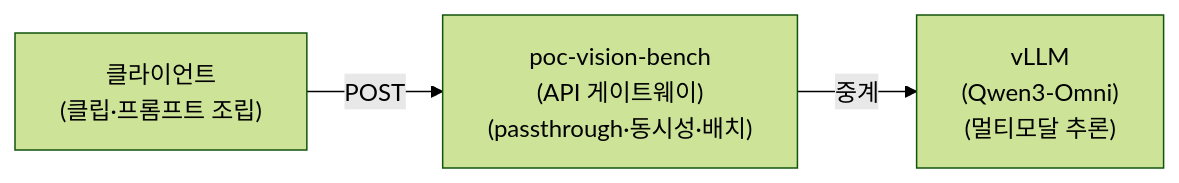
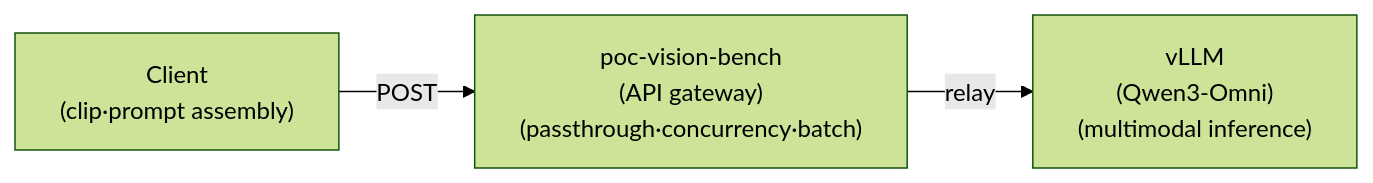
The diagram in i18n/en/docusaurus-plugin-content-docs/current/poc/vision-bench/1편-멀티모달-llm-한국-방송-6초-클립-영상-이해-벤치마크-파이프라인-구축.md (SceneMakerAI/docs-web), drawn with Mermaid (forest theme) before and after one commit. The commit also changed other lines of this file and 5 other files, not shown here.

````diff
--- a/i18n/en/docusaurus-plugin-content-docs/current/poc/vision-bench/1편-멀티모달-llm-한국-방송-6초-클립-영상-이해-벤치마크-파이프라인-구축.md
+++ b/i18n/en/docusaurus-plugin-content-docs/current/poc/vision-bench/1편-멀티모달-llm-한국-방송-6초-클립-영상-이해-벤치마크-파이프라인-구축.md
@@ -24,4 +24,4 @@
 ```mermaid
 graph LR
-    A["클라이언트<br/>(클립·프롬프트 조립)"] -->|POST| B["poc-vision-bench<br/>(API 게이트웨이)<br/>(passthrough·동시성·배치)"] -->|중계| C["vLLM<br/>(Qwen3-Omni)<br/>(멀티모달 추론)"]
+    A["Client<br/>(clip·prompt assembly)"] -->|POST| B["poc-vision-bench<br/>(API gateway)<br/>(passthrough·concurrency·batch)"] -->|relay| C["vLLM<br/>(Qwen3-Omni)<br/>(multimodal inference)"]
 ```
````
